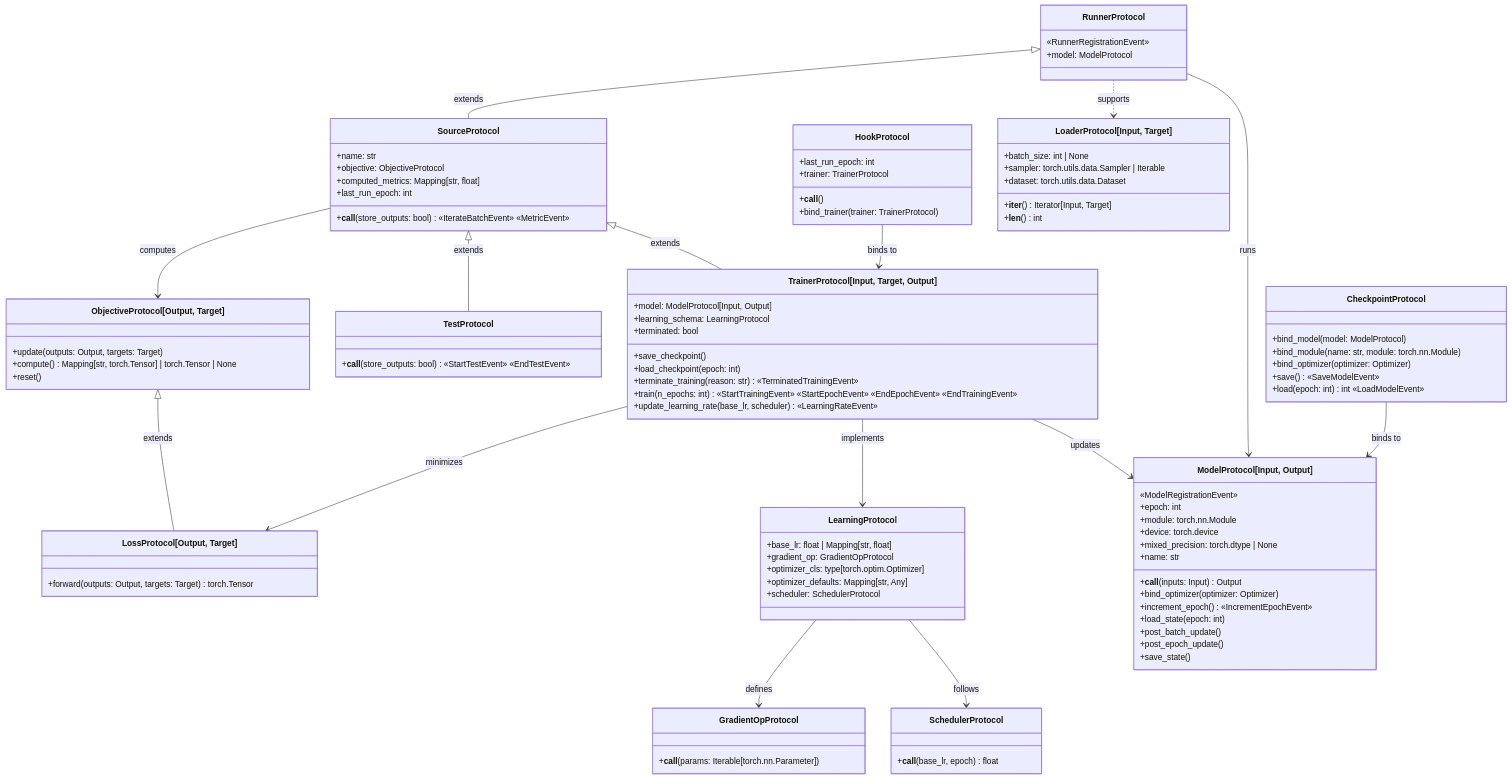
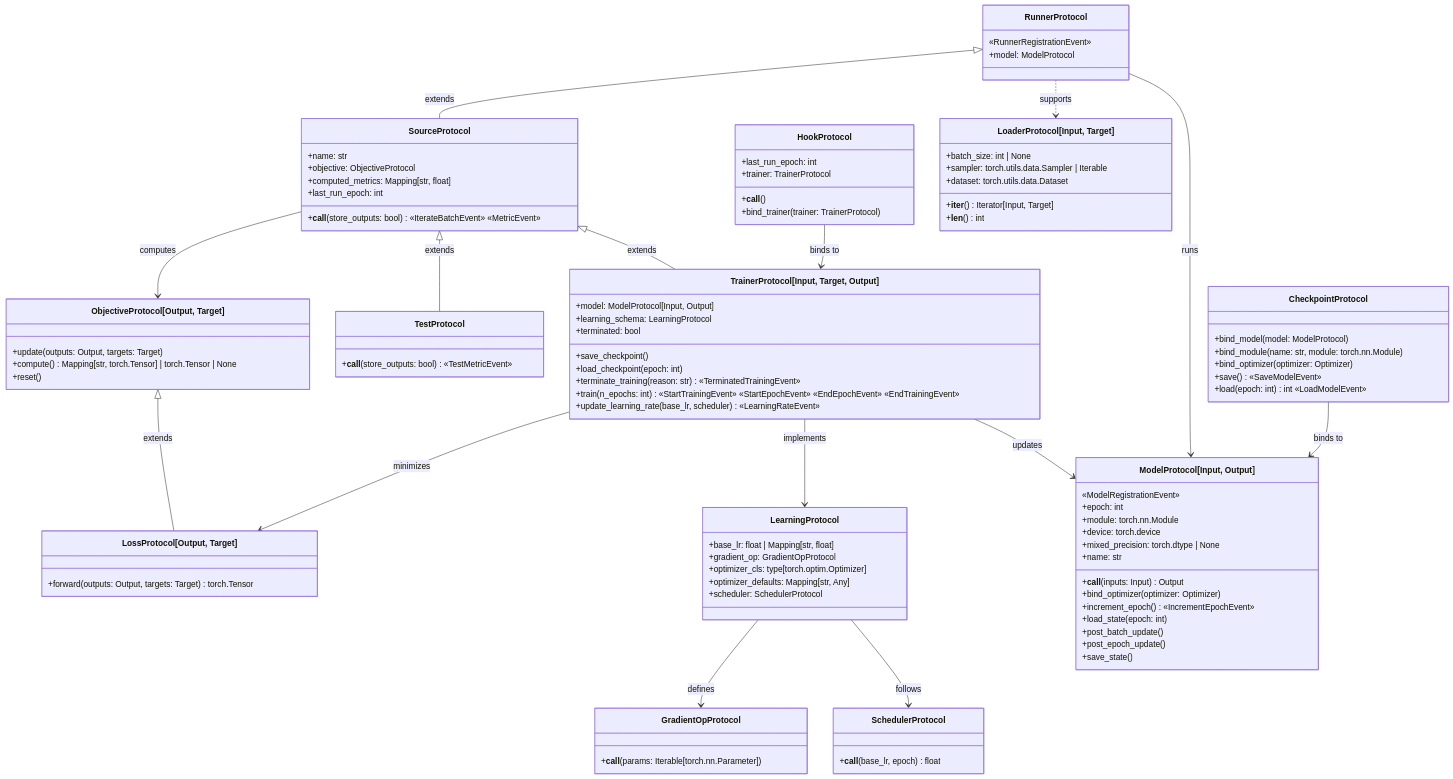
Before and after one commit to nverchev/drytorch: the diagram in docs/protocols.md, drawn with Mermaid. The commit also changed 39 other files, not shown here.

Commit message:
feat: Test publishes TestMetricEvent and plotters plot tests separately from learning curves

```diff
--- a/docs/protocols.md
+++ b/docs/protocols.md
@@ -59,7 +59,7 @@
 
 
     class TestProtocol {
-        +__call__(store_outputs: bool) «StartTestEvent» «EndTestEvent»
+        +__call__(store_outputs: bool) «TestMetricEvent»
     }
 
     class TrainerProtocol["TrainerProtocol[Input, Target, Output]"] {
```
